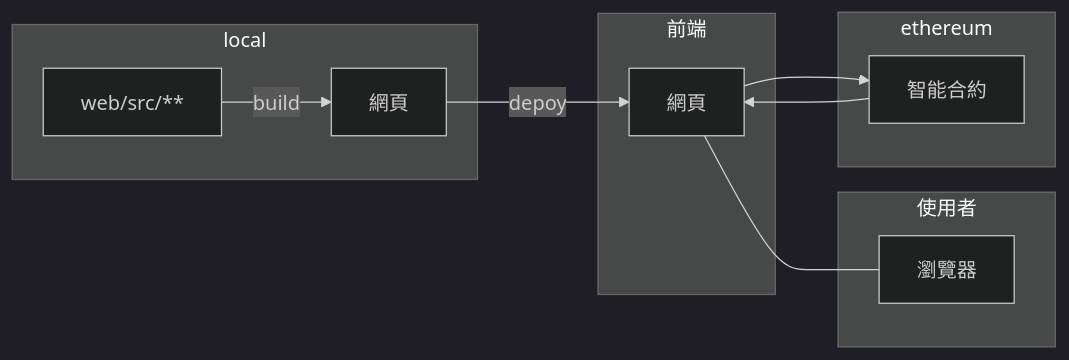
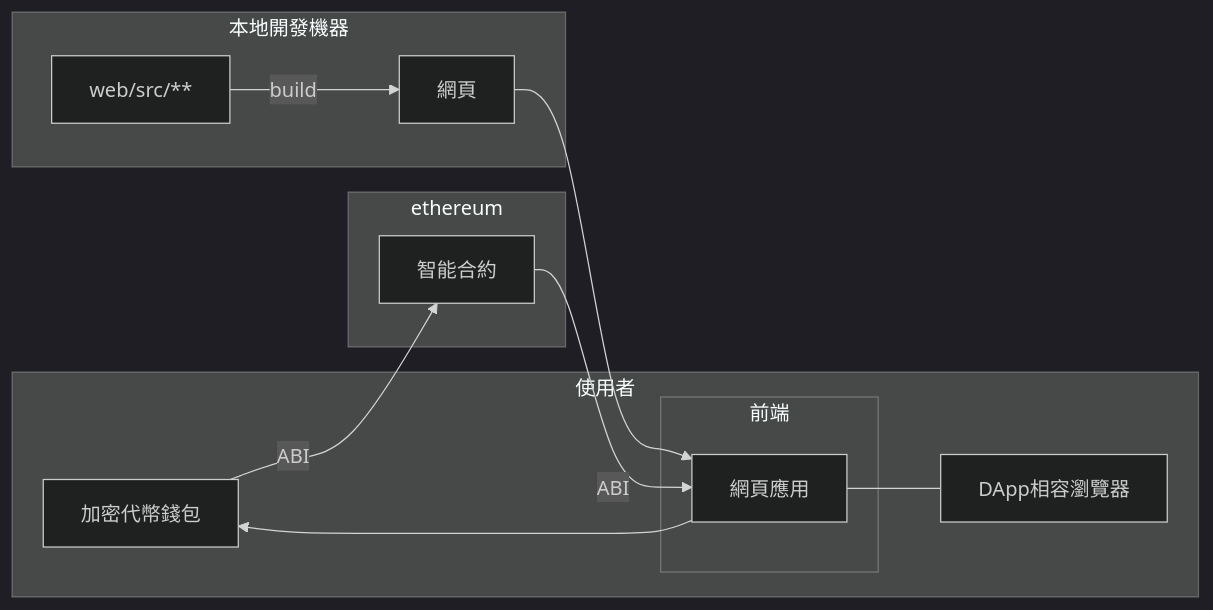
One commit to gasolin/learndapp changed the third of 3 diagrams in dapp-with-create-react-app.md. Above: the diagram before and after it, drawn with Mermaid (dark theme). The commit also changed other lines of this file, not shown here.

Commit message:
update diagram

```diff
--- a/dapp-with-create-react-app.md
+++ b/dapp-with-create-react-app.md
@@ -100,23 +101,25 @@
 {% mermaid %}
 graph LR
-subgraph 前端
-網頁
-end
-
-subgraph local
-web/src/** -- build --> 網頁1[網頁]
-end
 
 subgraph 使用者
-瀏覽器
+瀏覽器[DApp相容瀏覽器]
+加密代幣錢包
+subgraph 前端
+網頁[網頁應用]
+end
 end
 
 subgraph ethereum
 Contract[智能合約]
 end
 
-Contract --> 網頁
-網頁 --> Contract
-網頁1 -- depoy --> 網頁
+subgraph 本地開發機器
+web/src/** -- build --> 網頁1[網頁]
+end
+
+網頁 --> 加密代幣錢包
+加密代幣錢包 -- ABI --> Contract
+Contract -- ABI --> 網頁
 網頁 --- 瀏覽器
+網頁1 --> 網頁
 {% endmermaid %}
```
